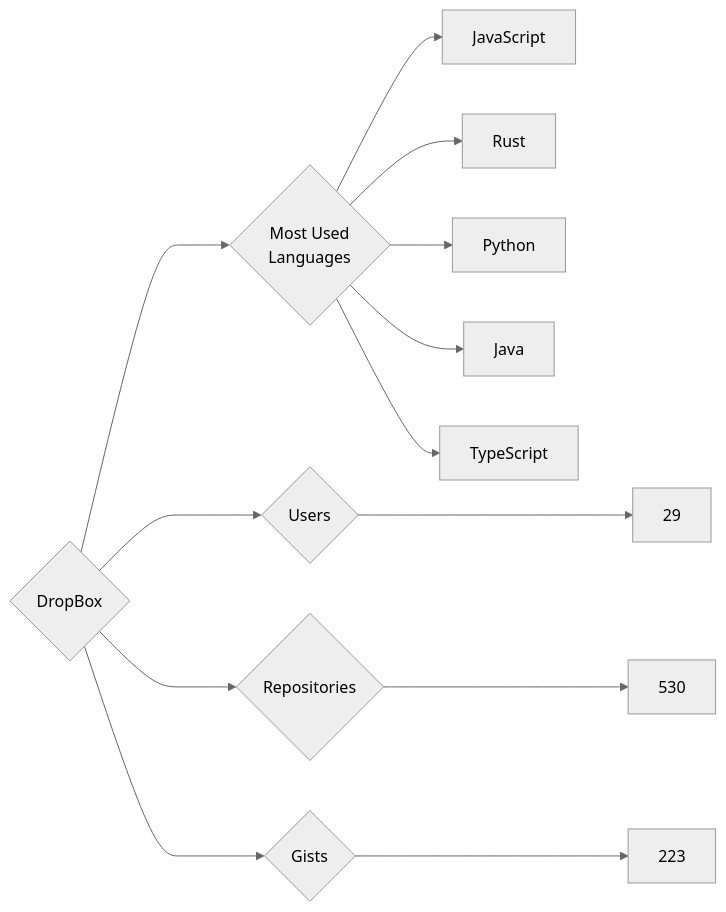
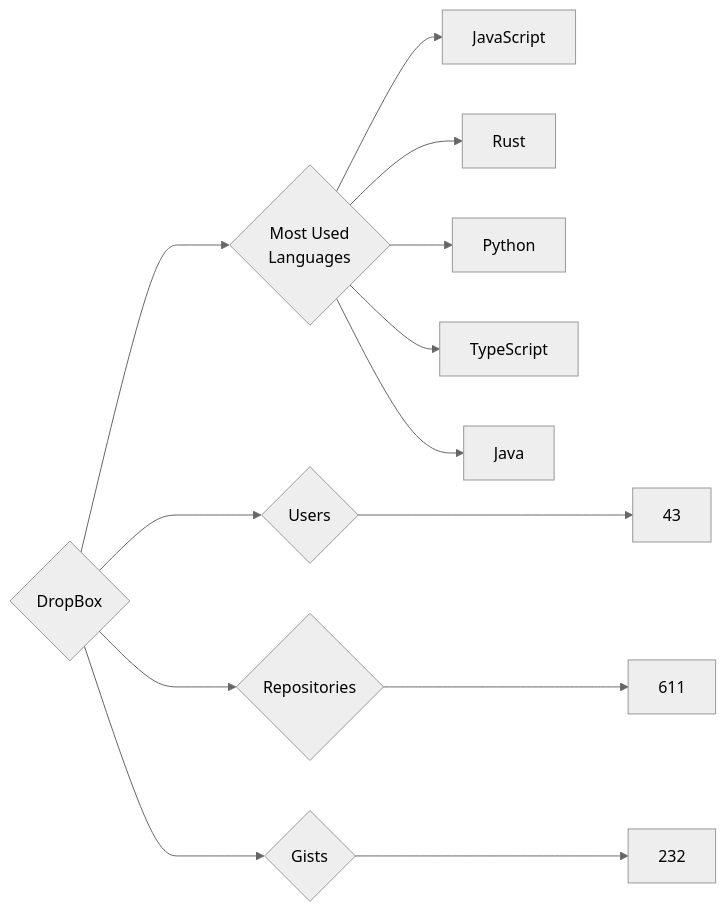
The diagram in targets/DropBox/README.md (trickest/insiders), drawn with Mermaid (neutral theme) before and after one commit. The commit also changed 925 other files, not shown here.

````diff
--- a/targets/DropBox/README.md
+++ b/targets/DropBox/README.md
@@ -3,13 +3,13 @@
 ```mermaid
 graph LR
 COMPANY_NAME{DropBox}
-COMPANY_NAME ---> U{Users} ---> UN[29]
-COMPANY_NAME ---> R{Repositories} ---> RN[530]
-COMPANY_NAME ---> G{Gists} ---> GN[223]
+COMPANY_NAME ---> U{Users} ---> UN[43]
+COMPANY_NAME ---> R{Repositories} ---> RN[611]
+COMPANY_NAME ---> G{Gists} ---> GN[232]
 COMPANY_NAME ---> ML{Most Used<br>Languages}
 ML --> JavaScript[JavaScript]
 ML --> Rust[Rust]
 ML --> Python[Python]
+ML --> TypeScript[TypeScript]
 ML --> Java[Java]
-ML --> TypeScript[TypeScript]
 ```
````
